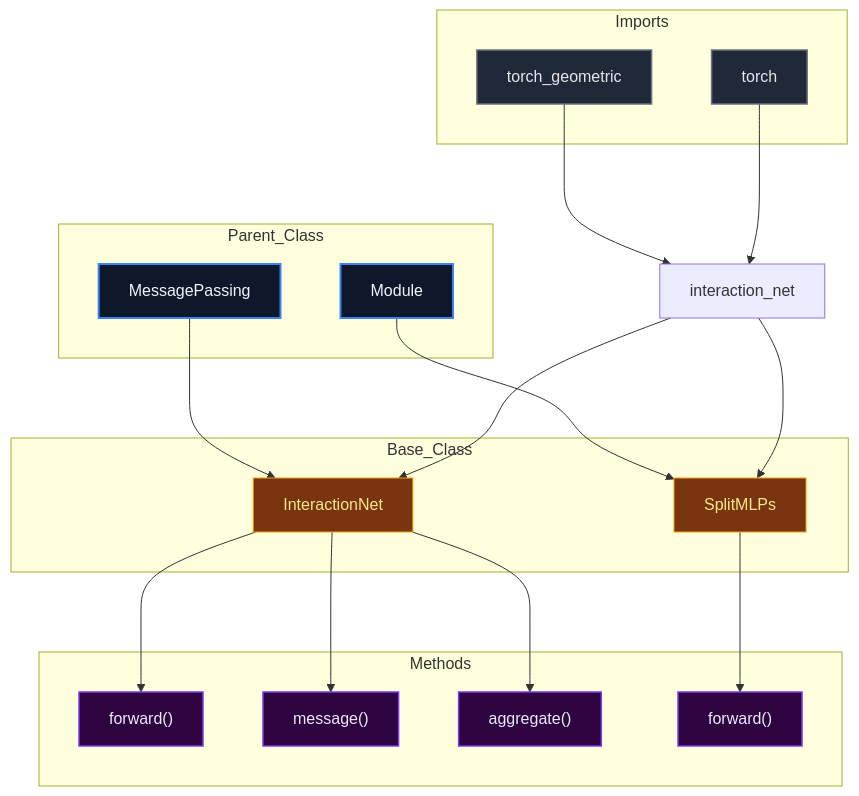
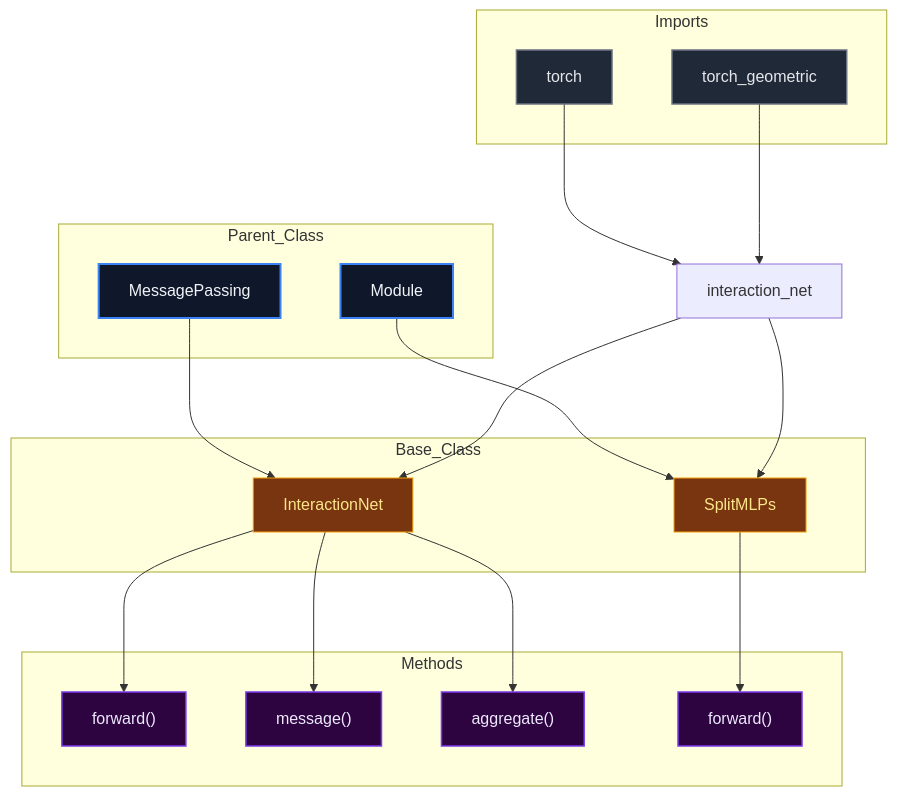
Before and after one commit to mllam/neural-lam: the diagram in docs/diagrams/interaction_net_diagram.md, drawn with Mermaid. The commit also changed 21 other files, not shown here.

Commit message:
Auto-update Mermaid diagrams

````diff
--- a/docs/diagrams/interaction_net_diagram.md
+++ b/docs/diagrams/interaction_net_diagram.md
@@ -1,52 +1,52 @@
 ```mermaid
 %%{init: {'flowchart': {'nodeSpacing': 60, 'rankSpacing': 80}}}%%
 flowchart TD
 
 module["interaction_net"]
 
 subgraph Parent_Class
     MessagePassing["MessagePassing"]
     Module["Module"]
 end
 
 subgraph Base_Class
     InteractionNet["InteractionNet"]
     SplitMLPs["SplitMLPs"]
 end
 
     MessagePassing --> InteractionNet
     Module --> SplitMLPs
 
 subgraph Imports
+    torch["torch"]
     torch_geometric["torch_geometric"]
-    torch["torch"]
 end
 
+    torch --> module
     torch_geometric --> module
-    torch --> module
     module --> InteractionNet
     module --> SplitMLPs
 
 subgraph Methods
     InteractionNet_forward["forward()"]
     InteractionNet_message["message()"]
     InteractionNet_aggregate["aggregate()"]
     SplitMLPs_forward["forward()"]
 end
 
     InteractionNet --> InteractionNet_forward
     InteractionNet --> InteractionNet_message
     InteractionNet --> InteractionNet_aggregate
     SplitMLPs --> SplitMLPs_forward
 
 classDef parent fill:#0f172a,stroke:#3b82f6,stroke-width:2px,color:#f1f5f9,font-size:16px
 classDef base fill:#78350f,stroke:#f59e0b,stroke-width:1px,color:#fde68a,font-size:16px
 classDef import fill:#1f2937,stroke:#6b7280,stroke-width:1.5px,color:#e5e7eb,font-size:16px
 classDef method fill:#2d043f,stroke:#7c3aed,stroke-width:1.5px,color:#ede9fe,font-size:16px
 classDef callNode fill:#064e3b,stroke:#10b981,stroke-width:1.5px,color:#d1fae5,font-size:16px
 class MessagePassing,Module parent
 class InteractionNet,SplitMLPs base
-class torch_geometric,torch import
+class torch,torch_geometric import
 class InteractionNet_forward,InteractionNet_message,InteractionNet_aggregate,SplitMLPs_forward method
 
 ```
````
